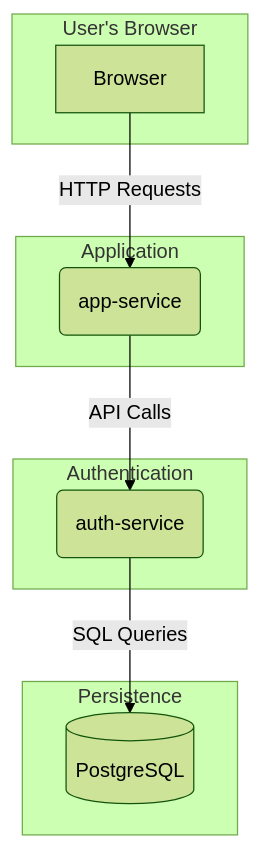
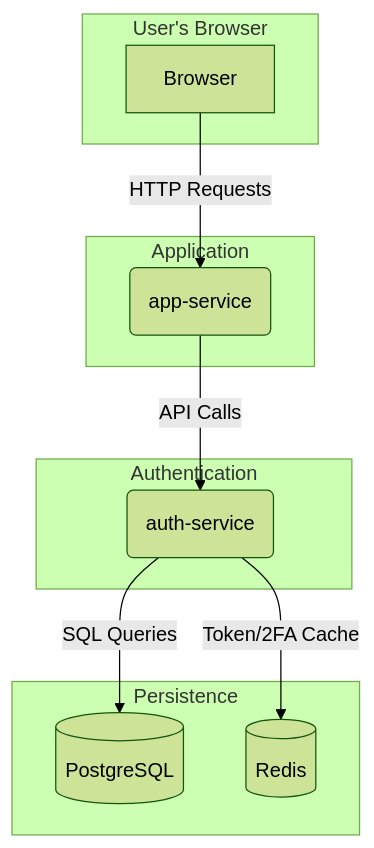
One commit to vineetpuranik/live-bootcamp-project changed the diagram in README.md. Above: the diagram before and after it, drawn with Mermaid (forest theme). The commit also changed other lines of this file, not shown here.

````diff
--- a/README.md
+++ b/README.md
@@ -26,22 +26,24 @@
 ```mermaid
 graph TD
     subgraph "User's Browser"
         A[Browser]
     end
 
     subgraph "Application"
         B(app-service)
     end
 
     subgraph "Authentication"
         C(auth-service)
     end
 
     subgraph "Persistence"
         D[(PostgreSQL)]
+        E[(Redis)]
     end
 
     A -- HTTP Requests --> B
     B -- API Calls --> C
     C -- SQL Queries --> D
+    C -- Token/2FA Cache --> E
 ```
````
